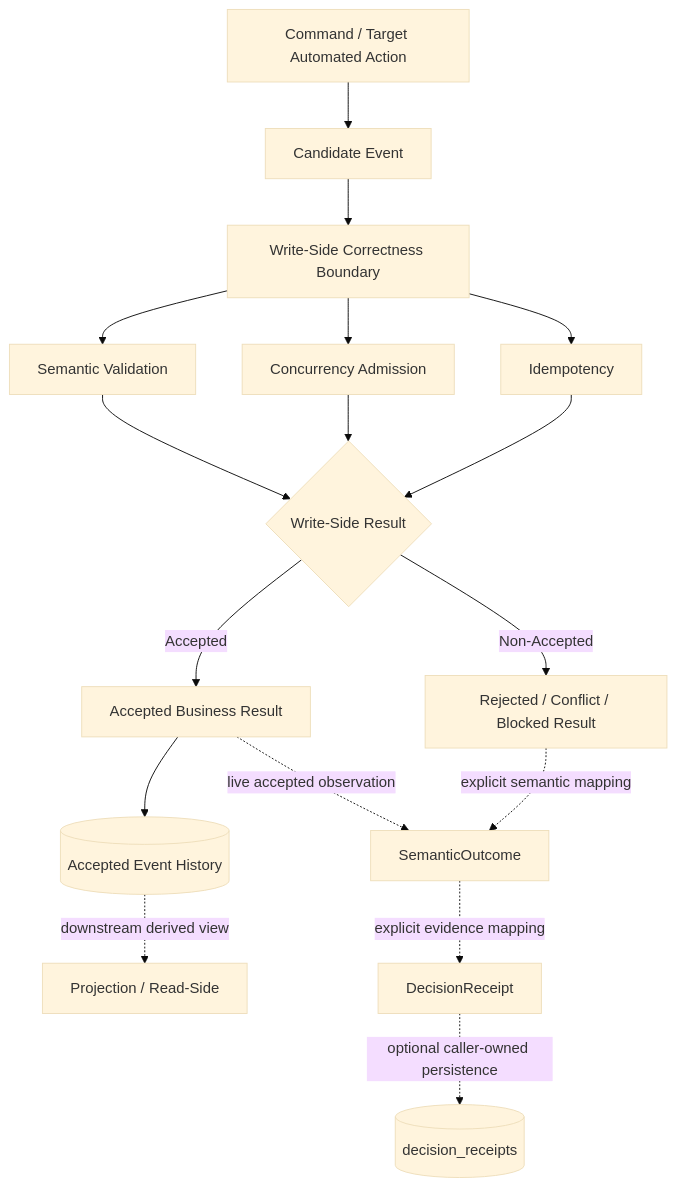
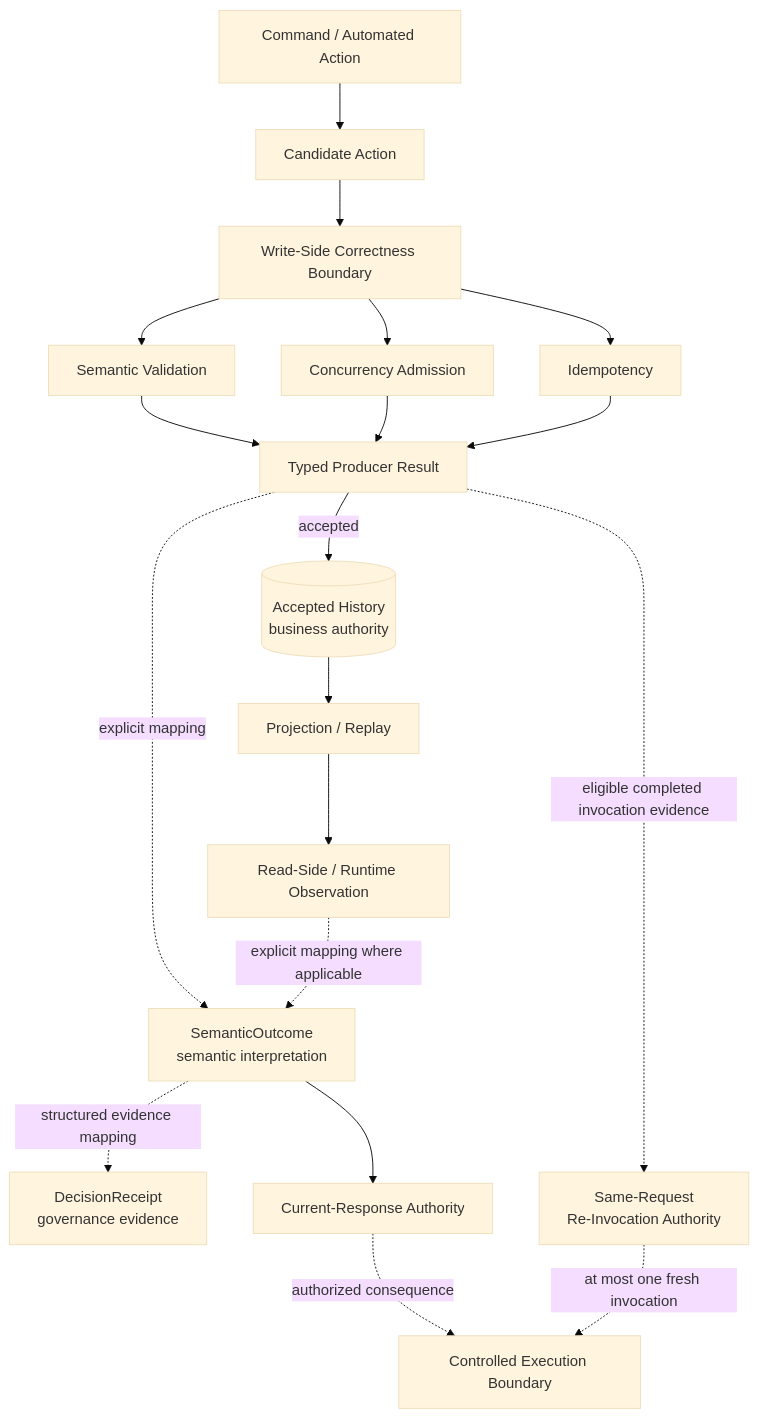
Before and after one commit to hikaru-212/streaming-system-compass: the diagram in README.md, drawn with Mermaid (base theme). The commit also changed other lines of this file, not shown here.

````diff
--- a/README.md
+++ b/README.md
@@ -97,27 +97,28 @@
 ```mermaid
 flowchart TD
-    A[Command / Target Automated Action] --> B[Candidate Event]
+    A["Command / Automated Action"] --> B["Candidate Action"]
+    B --> C["Write-Side Correctness Boundary"]
 
-    B --> C[Write-Side Correctness Boundary]
+    C --> V["Semantic Validation"]
+    C --> Q["Concurrency Admission"]
+    C --> I["Idempotency"]
 
-    C --> C1[Semantic Validation]
-    C --> C2[Concurrency Admission]
-    C --> C3[Idempotency]
+    V --> P["Typed Producer Result"]
+    Q --> P
+    I --> P
 
-    C1 --> D{Write-Side Result}
-    C2 --> D
-    C3 --> D
+    P -- "accepted" --> H[("Accepted History<br/>business authority")]
+    P -. "explicit mapping" .-> S["SemanticOutcome<br/>semantic interpretation"]
 
-    D -- Accepted --> AR[Accepted Business Result]
-    D -- Non-Accepted --> R[Rejected / Conflict / Blocked Result]
+    H --> R["Projection / Replay"]
+    R --> O["Read-Side / Runtime Observation"]
+    O -. "explicit mapping where applicable" .-> S
 
-    AR --> E[(Accepted Event History)]
-    AR -. live accepted observation .-> S[SemanticOutcome]
+    S -. "structured evidence mapping" .-> D["DecisionReceipt<br/>governance evidence"]
 
-    R -. explicit semantic mapping .-> S
+    S --> C4["Current-Response Authority"]
+    P -. "eligible completed invocation evidence" .-> E4["Same-Request<br/>Re-Invocation Authority"]
 
-    S -. explicit evidence mapping .-> J[DecisionReceipt]
-    J -. optional caller-owned persistence .-> K[(decision_receipts)]
-
-    E -. downstream derived view .-> P[Projection / Read-Side]
+    C4 -. "authorized consequence" .-> X["Controlled Execution Boundary"]
+    E4 -. "at most one fresh invocation" .-> X
 ```
````
